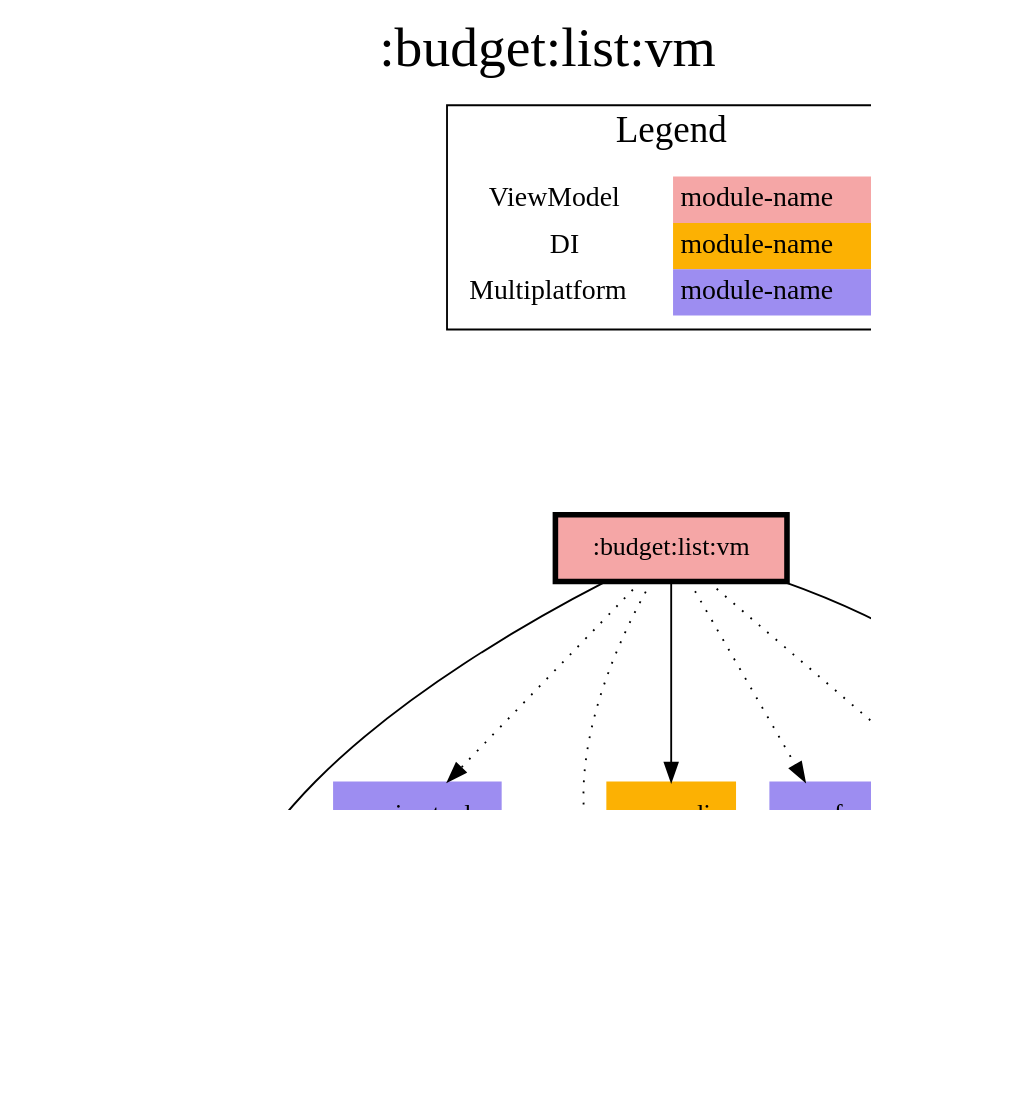
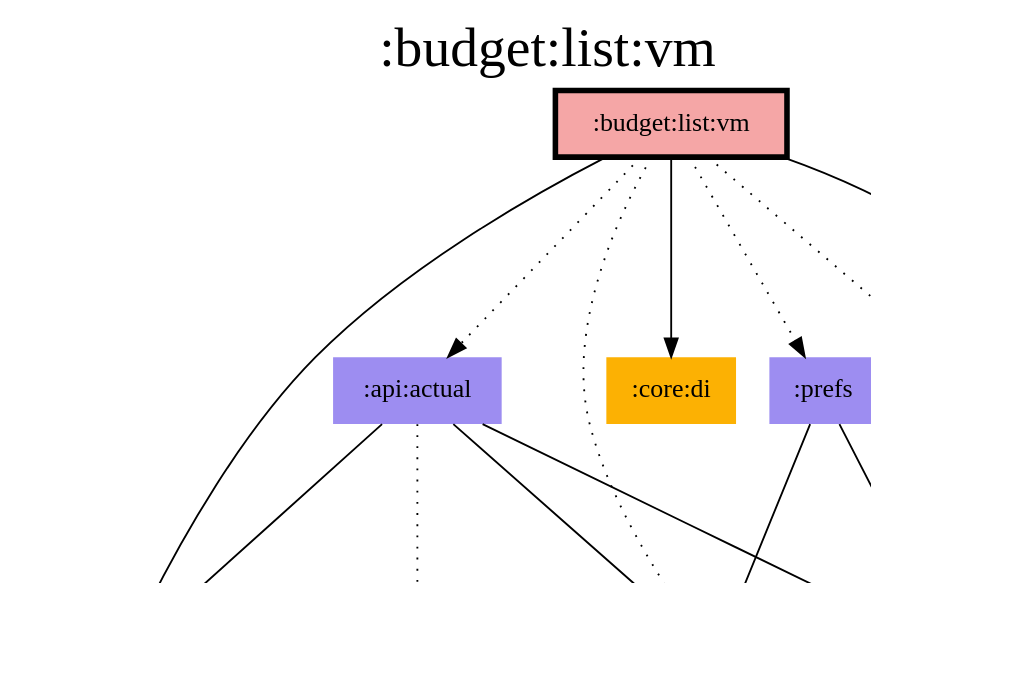
One commit to jonapoul/aktual changed the diagram in modules/budget/list/vm/modules.dot. Above: the diagram before and after it, drawn with Graphviz. The commit also changed 128 other files, not shown here.

```diff
--- a/modules/budget/list/vm/modules.dot
+++ b/modules/budget/list/vm/modules.dot
@@ -1,43 +1,32 @@
 digraph {
 edge ["dir"="forward"]
 graph ["dpi"="100","label"=":budget:list:vm","labelloc"="t","fontsize"="30","ranksep"="1.5","rankdir"="TB"]
 node ["style"="filled"]
 ":account:model" ["fillcolor"="#9D8DF1","shape"="none"]
 ":api:actual" ["fillcolor"="#9D8DF1","shape"="none"]
 ":budget:list:vm" ["fillcolor"="#F5A6A6","color"="black","penwidth"="3","shape"="box"]
 ":budget:model" ["fillcolor"="#9D8DF1","shape"="none"]
 ":codegen:annotation" ["fillcolor"="#9D8DF1","shape"="none"]
 ":core:di" ["fillcolor"="#FCB103","shape"="none"]
 ":core:model" ["fillcolor"="#9D8DF1","shape"="none"]
 ":logging" ["fillcolor"="#9D8DF1","shape"="none"]
 ":prefs" ["fillcolor"="#9D8DF1","shape"="none"]
 {
 edge ["dir"="none"]
 graph ["rank"="same"]
 ":budget:list:vm"
 }
 ":api:actual" -> ":account:model"
 ":api:actual" -> ":budget:model"
 ":api:actual" -> ":codegen:annotation" ["style"="dotted"]
 ":api:actual" -> ":core:model"
 ":budget:list:vm" -> ":account:model" ["style"="dotted"]
 ":budget:list:vm" -> ":api:actual" ["style"="dotted"]
 ":budget:list:vm" -> ":budget:model"
 ":budget:list:vm" -> ":core:di"
 ":budget:list:vm" -> ":core:model"
 ":budget:list:vm" -> ":logging" ["style"="dotted"]
 ":budget:list:vm" -> ":prefs" ["style"="dotted"]
 ":prefs" -> ":account:model"
 ":prefs" -> ":core:model"
-subgraph "cluster_legend" {
-edge ["dir"="none"]
-graph ["label"="Legend","fontsize"="20"]
-"Legend" ["style"="filled","fillcolor"="#FFFFFF","shape"="none","margin"="0","fontsize"="15","label"=<
-<TABLE BORDER="0" CELLBORDER="0" CELLSPACING="0" CELLPADDING="4">
-<TR><TD>ViewModel</TD><TD BGCOLOR="#F5A6A6">module-name</TD></TR>
-<TR><TD>DI</TD><TD BGCOLOR="#FCB103">module-name</TD></TR>
-<TR><TD>Multiplatform</TD><TD BGCOLOR="#9D8DF1">module-name</TD></TR>
-</TABLE>
->]
-} -> ":budget:list:vm" ["style"="invis"]
 }
```
